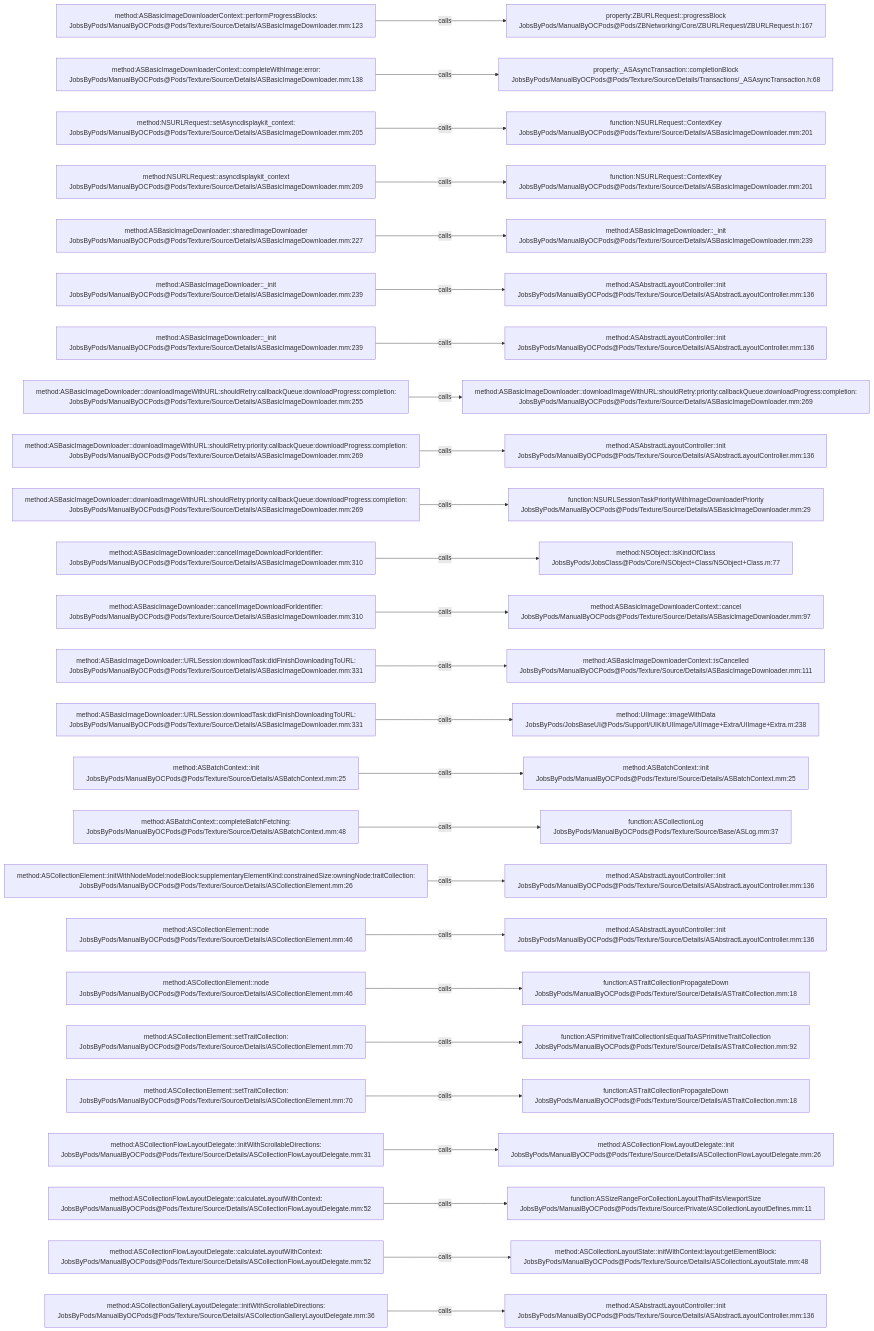
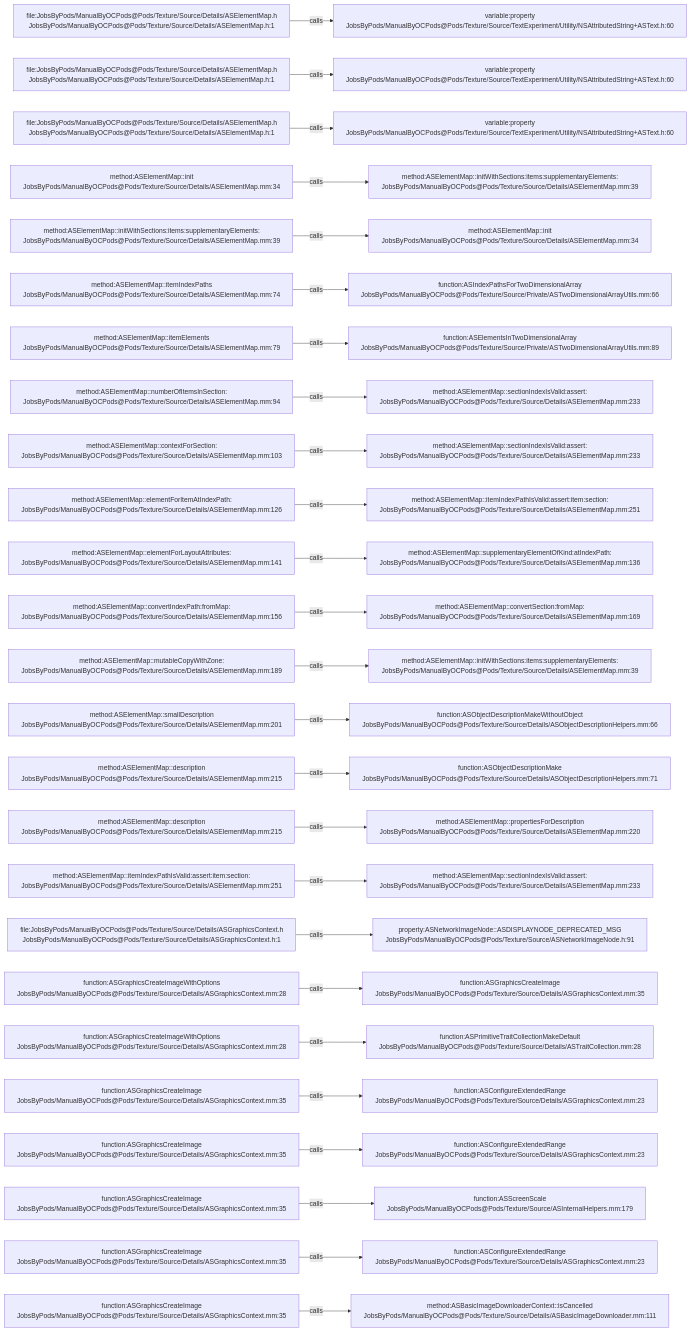
Before and after one commit to JobsKits/JobsOCBaseConfigDemo: the diagram in .codegraph/codegraph.md/graphs/calls-149.md, drawn with Mermaid. The commit also changed 1448 other files, not shown here.

````diff
--- a/.codegraph/codegraph.md/graphs/calls-149.md
+++ b/.codegraph/codegraph.md/graphs/calls-149.md
@@ -13,78 +13,78 @@
 ```mermaid
 flowchart LR
-  S1["method:ASBasicImageDownloaderContext::performProgressBlocks:<br/>JobsByPods/ManualByOCPods@Pods/Texture/Source/Details/ASBasicImageDownloader.mm:123"]
-  T1["property:ZBURLRequest::progressBlock<br/>JobsByPods/ManualByOCPods@Pods/ZBNetworking/Core/ZBURLRequest/ZBURLRequest.h:167"]
+  S1["file:JobsByPods/ManualByOCPods@Pods/Texture/Source/Details/ASElementMap.h<br/>JobsByPods/ManualByOCPods@Pods/Texture/Source/Details/ASElementMap.h:1"]
+  T1["variable:property<br/>JobsByPods/ManualByOCPods@Pods/Texture/Source/TextExperiment/Utility/NSAttributedString+ASText.h:60"]
   S1 -->|calls| T1
-  S2["method:ASBasicImageDownloaderContext::completeWithImage:error:<br/>JobsByPods/ManualByOCPods@Pods/Texture/Source/Details/ASBasicImageDownloader.mm:138"]
-  T2["property:_ASAsyncTransaction::completionBlock<br/>JobsByPods/ManualByOCPods@Pods/Texture/Source/Details/Transactions/_ASAsyncTransaction.h:68"]
+  S2["file:JobsByPods/ManualByOCPods@Pods/Texture/Source/Details/ASElementMap.h<br/>JobsByPods/ManualByOCPods@Pods/Texture/Source/Details/ASElementMap.h:1"]
+  T2["variable:property<br/>JobsByPods/ManualByOCPods@Pods/Texture/Source/TextExperiment/Utility/NSAttributedString+ASText.h:60"]
   S2 -->|calls| T2
-  S3["method:NSURLRequest::setAsyncdisplaykit_context:<br/>JobsByPods/ManualByOCPods@Pods/Texture/Source/Details/ASBasicImageDownloader.mm:205"]
-  T3["function:NSURLRequest::ContextKey<br/>JobsByPods/ManualByOCPods@Pods/Texture/Source/Details/ASBasicImageDownloader.mm:201"]
+  S3["file:JobsByPods/ManualByOCPods@Pods/Texture/Source/Details/ASElementMap.h<br/>JobsByPods/ManualByOCPods@Pods/Texture/Source/Details/ASElementMap.h:1"]
+  T3["variable:property<br/>JobsByPods/ManualByOCPods@Pods/Texture/Source/TextExperiment/Utility/NSAttributedString+ASText.h:60"]
   S3 -->|calls| T3
-  S4["method:NSURLRequest::asyncdisplaykit_context<br/>JobsByPods/ManualByOCPods@Pods/Texture/Source/Details/ASBasicImageDownloader.mm:209"]
-  T4["function:NSURLRequest::ContextKey<br/>JobsByPods/ManualByOCPods@Pods/Texture/Source/Details/ASBasicImageDownloader.mm:201"]
+  S4["method:ASElementMap::init<br/>JobsByPods/ManualByOCPods@Pods/Texture/Source/Details/ASElementMap.mm:34"]
+  T4["method:ASElementMap::initWithSections:items:supplementaryElements:<br/>JobsByPods/ManualByOCPods@Pods/Texture/Source/Details/ASElementMap.mm:39"]
   S4 -->|calls| T4
-  S5["method:ASBasicImageDownloader::sharedImageDownloader<br/>JobsByPods/ManualByOCPods@Pods/Texture/Source/Details/ASBasicImageDownloader.mm:227"]
-  T5["method:ASBasicImageDownloader::_init<br/>JobsByPods/ManualByOCPods@Pods/Texture/Source/Details/ASBasicImageDownloader.mm:239"]
+  S5["method:ASElementMap::initWithSections:items:supplementaryElements:<br/>JobsByPods/ManualByOCPods@Pods/Texture/Source/Details/ASElementMap.mm:39"]
+  T5["method:ASElementMap::init<br/>JobsByPods/ManualByOCPods@Pods/Texture/Source/Details/ASElementMap.mm:34"]
   S5 -->|calls| T5
-  S6["method:ASBasicImageDownloader::_init<br/>JobsByPods/ManualByOCPods@Pods/Texture/Source/Details/ASBasicImageDownloader.mm:239"]
-  T6["method:ASAbstractLayoutController::init<br/>JobsByPods/ManualByOCPods@Pods/Texture/Source/Details/ASAbstractLayoutController.mm:136"]
+  S6["method:ASElementMap::itemIndexPaths<br/>JobsByPods/ManualByOCPods@Pods/Texture/Source/Details/ASElementMap.mm:74"]
+  T6["function:ASIndexPathsForTwoDimensionalArray<br/>JobsByPods/ManualByOCPods@Pods/Texture/Source/Private/ASTwoDimensionalArrayUtils.mm:66"]
   S6 -->|calls| T6
-  S7["method:ASBasicImageDownloader::_init<br/>JobsByPods/ManualByOCPods@Pods/Texture/Source/Details/ASBasicImageDownloader.mm:239"]
-  T7["method:ASAbstractLayoutController::init<br/>JobsByPods/ManualByOCPods@Pods/Texture/Source/Details/ASAbstractLayoutController.mm:136"]
+  S7["method:ASElementMap::itemElements<br/>JobsByPods/ManualByOCPods@Pods/Texture/Source/Details/ASElementMap.mm:79"]
+  T7["function:ASElementsInTwoDimensionalArray<br/>JobsByPods/ManualByOCPods@Pods/Texture/Source/Private/ASTwoDimensionalArrayUtils.mm:89"]
   S7 -->|calls| T7
-  S8["method:ASBasicImageDownloader::downloadImageWithURL:shouldRetry:callbackQueue:downloadProgress:completion:<br/>JobsByPods/ManualByOCPods@Pods/Texture/Source/Details/ASBasicImageDownloader.mm:255"]
-  T8["method:ASBasicImageDownloader::downloadImageWithURL:shouldRetry:priority:callbackQueue:downloadProgress:completion:<br/>JobsByPods/ManualByOCPods@Pods/Texture/Source/Details/ASBasicImageDownloader.mm:269"]
+  S8["method:ASElementMap::numberOfItemsInSection:<br/>JobsByPods/ManualByOCPods@Pods/Texture/Source/Details/ASElementMap.mm:94"]
+  T8["method:ASElementMap::sectionIndexIsValid:assert:<br/>JobsByPods/ManualByOCPods@Pods/Texture/Source/Details/ASElementMap.mm:233"]
   S8 -->|calls| T8
-  S9["method:ASBasicImageDownloader::downloadImageWithURL:shouldRetry:priority:callbackQueue:downloadProgress:completion:<br/>JobsByPods/ManualByOCPods@Pods/Texture/Source/Details/ASBasicImageDownloader.mm:269"]
-  T9["method:ASAbstractLayoutController::init<br/>JobsByPods/ManualByOCPods@Pods/Texture/Source/Details/ASAbstractLayoutController.mm:136"]
+  S9["method:ASElementMap::contextForSection:<br/>JobsByPods/ManualByOCPods@Pods/Texture/Source/Details/ASElementMap.mm:103"]
+  T9["method:ASElementMap::sectionIndexIsValid:assert:<br/>JobsByPods/ManualByOCPods@Pods/Texture/Source/Details/ASElementMap.mm:233"]
   S9 -->|calls| T9
-  S10["method:ASBasicImageDownloader::downloadImageWithURL:shouldRetry:priority:callbackQueue:downloadProgress:completion:<br/>JobsByPods/ManualByOCPods@Pods/Texture/Source/Details/ASBasicImageDownloader.mm:269"]
-  T10["function:NSURLSessionTaskPriorityWithImageDownloaderPriority<br/>JobsByPods/ManualByOCPods@Pods/Texture/Source/Details/ASBasicImageDownloader.mm:29"]
+  S10["method:ASElementMap::elementForItemAtIndexPath:<br/>JobsByPods/ManualByOCPods@Pods/Texture/Source/Details/ASElementMap.mm:126"]
+  T10["method:ASElementMap::itemIndexPathIsValid:assert:item:section:<br/>JobsByPods/ManualByOCPods@Pods/Texture/Source/Details/ASElementMap.mm:251"]
   S10 -->|calls| T10
-  S11["method:ASBasicImageDownloader::cancelImageDownloadForIdentifier:<br/>JobsByPods/ManualByOCPods@Pods/Texture/Source/Details/ASBasicImageDownloader.mm:310"]
-  T11["method:NSObject::isKindOfClass<br/>JobsByPods/JobsClass@Pods/Core/NSObject+Class/NSObject+Class.m:77"]
+  S11["method:ASElementMap::elementForLayoutAttributes:<br/>JobsByPods/ManualByOCPods@Pods/Texture/Source/Details/ASElementMap.mm:141"]
+  T11["method:ASElementMap::supplementaryElementOfKind:atIndexPath:<br/>JobsByPods/ManualByOCPods@Pods/Texture/Source/Details/ASElementMap.mm:136"]
   S11 -->|calls| T11
-  S12["method:ASBasicImageDownloader::cancelImageDownloadForIdentifier:<br/>JobsByPods/ManualByOCPods@Pods/Texture/Source/Details/ASBasicImageDownloader.mm:310"]
-  T12["method:ASBasicImageDownloaderContext::cancel<br/>JobsByPods/ManualByOCPods@Pods/Texture/Source/Details/ASBasicImageDownloader.mm:97"]
+  S12["method:ASElementMap::convertIndexPath:fromMap:<br/>JobsByPods/ManualByOCPods@Pods/Texture/Source/Details/ASElementMap.mm:156"]
+  T12["method:ASElementMap::convertSection:fromMap:<br/>JobsByPods/ManualByOCPods@Pods/Texture/Source/Details/ASElementMap.mm:169"]
   S12 -->|calls| T12
-  S13["method:ASBasicImageDownloader::URLSession:downloadTask:didFinishDownloadingToURL:<br/>JobsByPods/ManualByOCPods@Pods/Texture/Source/Details/ASBasicImageDownloader.mm:331"]
-  T13["method:ASBasicImageDownloaderContext::isCancelled<br/>JobsByPods/ManualByOCPods@Pods/Texture/Source/Details/ASBasicImageDownloader.mm:111"]
+  S13["method:ASElementMap::mutableCopyWithZone:<br/>JobsByPods/ManualByOCPods@Pods/Texture/Source/Details/ASElementMap.mm:189"]
+  T13["method:ASElementMap::initWithSections:items:supplementaryElements:<br/>JobsByPods/ManualByOCPods@Pods/Texture/Source/Details/ASElementMap.mm:39"]
   S13 -->|calls| T13
-  S14["method:ASBasicImageDownloader::URLSession:downloadTask:didFinishDownloadingToURL:<br/>JobsByPods/ManualByOCPods@Pods/Texture/Source/Details/ASBasicImageDownloader.mm:331"]
-  T14["method:UIImage::imageWithData<br/>JobsByPods/JobsBaseUI@Pods/Support/UIKit/UIImage/UIImage+Extra/UIImage+Extra.m:238"]
+  S14["method:ASElementMap::smallDescription<br/>JobsByPods/ManualByOCPods@Pods/Texture/Source/Details/ASElementMap.mm:201"]
+  T14["function:ASObjectDescriptionMakeWithoutObject<br/>JobsByPods/ManualByOCPods@Pods/Texture/Source/Details/ASObjectDescriptionHelpers.mm:66"]
   S14 -->|calls| T14
-  S15["method:ASBatchContext::init<br/>JobsByPods/ManualByOCPods@Pods/Texture/Source/Details/ASBatchContext.mm:25"]
-  T15["method:ASBatchContext::init<br/>JobsByPods/ManualByOCPods@Pods/Texture/Source/Details/ASBatchContext.mm:25"]
+  S15["method:ASElementMap::description<br/>JobsByPods/ManualByOCPods@Pods/Texture/Source/Details/ASElementMap.mm:215"]
+  T15["function:ASObjectDescriptionMake<br/>JobsByPods/ManualByOCPods@Pods/Texture/Source/Details/ASObjectDescriptionHelpers.mm:71"]
   S15 -->|calls| T15
-  S16["method:ASBatchContext::completeBatchFetching:<br/>JobsByPods/ManualByOCPods@Pods/Texture/Source/Details/ASBatchContext.mm:48"]
-  T16["function:ASCollectionLog<br/>JobsByPods/ManualByOCPods@Pods/Texture/Source/Base/ASLog.mm:37"]
+  S16["method:ASElementMap::description<br/>JobsByPods/ManualByOCPods@Pods/Texture/Source/Details/ASElementMap.mm:215"]
+  T16["method:ASElementMap::propertiesForDescription<br/>JobsByPods/ManualByOCPods@Pods/Texture/Source/Details/ASElementMap.mm:220"]
   S16 -->|calls| T16
-  S17["method:ASCollectionElement::initWithNodeModel:nodeBlock:supplementaryElementKind:constrainedSize:owningNode:traitCollection:<br/>JobsByPods/ManualByOCPods@Pods/Texture/Source/Details/ASCollectionElement.mm:26"]
-  T17["method:ASAbstractLayoutController::init<br/>JobsByPods/ManualByOCPods@Pods/Texture/Source/Details/ASAbstractLayoutController.mm:136"]
+  S17["method:ASElementMap::itemIndexPathIsValid:assert:item:section:<br/>JobsByPods/ManualByOCPods@Pods/Texture/Source/Details/ASElementMap.mm:251"]
+  T17["method:ASElementMap::sectionIndexIsValid:assert:<br/>JobsByPods/ManualByOCPods@Pods/Texture/Source/Details/ASElementMap.mm:233"]
   S17 -->|calls| T17
-  S18["method:ASCollectionElement::node<br/>JobsByPods/ManualByOCPods@Pods/Texture/Source/Details/ASCollectionElement.mm:46"]
-  T18["method:ASAbstractLayoutController::init<br/>JobsByPods/ManualByOCPods@Pods/Texture/Source/Details/ASAbstractLayoutController.mm:136"]
+  S18["file:JobsByPods/ManualByOCPods@Pods/Texture/Source/Details/ASGraphicsContext.h<br/>JobsByPods/ManualByOCPods@Pods/Texture/Source/Details/ASGraphicsContext.h:1"]
+  T18["property:ASNetworkImageNode::ASDISPLAYNODE_DEPRECATED_MSG<br/>JobsByPods/ManualByOCPods@Pods/Texture/Source/ASNetworkImageNode.h:91"]
   S18 -->|calls| T18
-  S19["method:ASCollectionElement::node<br/>JobsByPods/ManualByOCPods@Pods/Texture/Source/Details/ASCollectionElement.mm:46"]
-  T19["function:ASTraitCollectionPropagateDown<br/>JobsByPods/ManualByOCPods@Pods/Texture/Source/Details/ASTraitCollection.mm:18"]
+  S19["function:ASGraphicsCreateImageWithOptions<br/>JobsByPods/ManualByOCPods@Pods/Texture/Source/Details/ASGraphicsContext.mm:28"]
+  T19["function:ASGraphicsCreateImage<br/>JobsByPods/ManualByOCPods@Pods/Texture/Source/Details/ASGraphicsContext.mm:35"]
   S19 -->|calls| T19
-  S20["method:ASCollectionElement::setTraitCollection:<br/>JobsByPods/ManualByOCPods@Pods/Texture/Source/Details/ASCollectionElement.mm:70"]
-  T20["function:ASPrimitiveTraitCollectionIsEqualToASPrimitiveTraitCollection<br/>JobsByPods/ManualByOCPods@Pods/Texture/Source/Details/ASTraitCollection.mm:92"]
+  S20["function:ASGraphicsCreateImageWithOptions<br/>JobsByPods/ManualByOCPods@Pods/Texture/Source/Details/ASGraphicsContext.mm:28"]
+  T20["function:ASPrimitiveTraitCollectionMakeDefault<br/>JobsByPods/ManualByOCPods@Pods/Texture/Source/Details/ASTraitCollection.mm:28"]
   S20 -->|calls| T20
-  S21["method:ASCollectionElement::setTraitCollection:<br/>JobsByPods/ManualByOCPods@Pods/Texture/Source/Details/ASCollectionElement.mm:70"]
-  T21["function:ASTraitCollectionPropagateDown<br/>JobsByPods/ManualByOCPods@Pods/Texture/Source/Details/ASTraitCollection.mm:18"]
+  S21["function:ASGraphicsCreateImage<br/>JobsByPods/ManualByOCPods@Pods/Texture/Source/Details/ASGraphicsContext.mm:35"]
+  T21["function:ASConfigureExtendedRange<br/>JobsByPods/ManualByOCPods@Pods/Texture/Source/Details/ASGraphicsContext.mm:23"]
   S21 -->|calls| T21
-  S22["method:ASCollectionFlowLayoutDelegate::initWithScrollableDirections:<br/>JobsByPods/ManualByOCPods@Pods/Texture/Source/Details/ASCollectionFlowLayoutDelegate.mm:31"]
-  T22["method:ASCollectionFlowLayoutDelegate::init<br/>JobsByPods/ManualByOCPods@Pods/Texture/Source/Details/ASCollectionFlowLayoutDelegate.mm:26"]
+  S22["function:ASGraphicsCreateImage<br/>JobsByPods/ManualByOCPods@Pods/Texture/Source/Details/ASGraphicsContext.mm:35"]
+  T22["function:ASConfigureExtendedRange<br/>JobsByPods/ManualByOCPods@Pods/Texture/Source/Details/ASGraphicsContext.mm:23"]
   S22 -->|calls| T22
-  S23["method:ASCollectionFlowLayoutDelegate::calculateLayoutWithContext:<br/>JobsByPods/ManualByOCPods@Pods/Texture/Source/Details/ASCollectionFlowLayoutDelegate.mm:52"]
-  T23["function:ASSizeRangeForCollectionLayoutThatFitsViewportSize<br/>JobsByPods/ManualByOCPods@Pods/Texture/Source/Private/ASCollectionLayoutDefines.mm:11"]
+  S23["function:ASGraphicsCreateImage<br/>JobsByPods/ManualByOCPods@Pods/Texture/Source/Details/ASGraphicsContext.mm:35"]
+  T23["function:ASScreenScale<br/>JobsByPods/ManualByOCPods@Pods/Texture/Source/ASInternalHelpers.mm:179"]
   S23 -->|calls| T23
-  S24["method:ASCollectionFlowLayoutDelegate::calculateLayoutWithContext:<br/>JobsByPods/ManualByOCPods@Pods/Texture/Source/Details/ASCollectionFlowLayoutDelegate.mm:52"]
-  T24["method:ASCollectionLayoutState::initWithContext:layout:getElementBlock:<br/>JobsByPods/ManualByOCPods@Pods/Texture/Source/Details/ASCollectionLayoutState.mm:48"]
+  S24["function:ASGraphicsCreateImage<br/>JobsByPods/ManualByOCPods@Pods/Texture/Source/Details/ASGraphicsContext.mm:35"]
+  T24["function:ASConfigureExtendedRange<br/>JobsByPods/ManualByOCPods@Pods/Texture/Source/Details/ASGraphicsContext.mm:23"]
   S24 -->|calls| T24
-  S25["method:ASCollectionGalleryLayoutDelegate::initWithScrollableDirections:<br/>JobsByPods/ManualByOCPods@Pods/Texture/Source/Details/ASCollectionGalleryLayoutDelegate.mm:36"]
-  T25["method:ASAbstractLayoutController::init<br/>JobsByPods/ManualByOCPods@Pods/Texture/Source/Details/ASAbstractLayoutController.mm:136"]
+  S25["function:ASGraphicsCreateImage<br/>JobsByPods/ManualByOCPods@Pods/Texture/Source/Details/ASGraphicsContext.mm:35"]
+  T25["method:ASBasicImageDownloaderContext::isCancelled<br/>JobsByPods/ManualByOCPods@Pods/Texture/Source/Details/ASBasicImageDownloader.mm:111"]
   S25 -->|calls| T25
 ```
````
